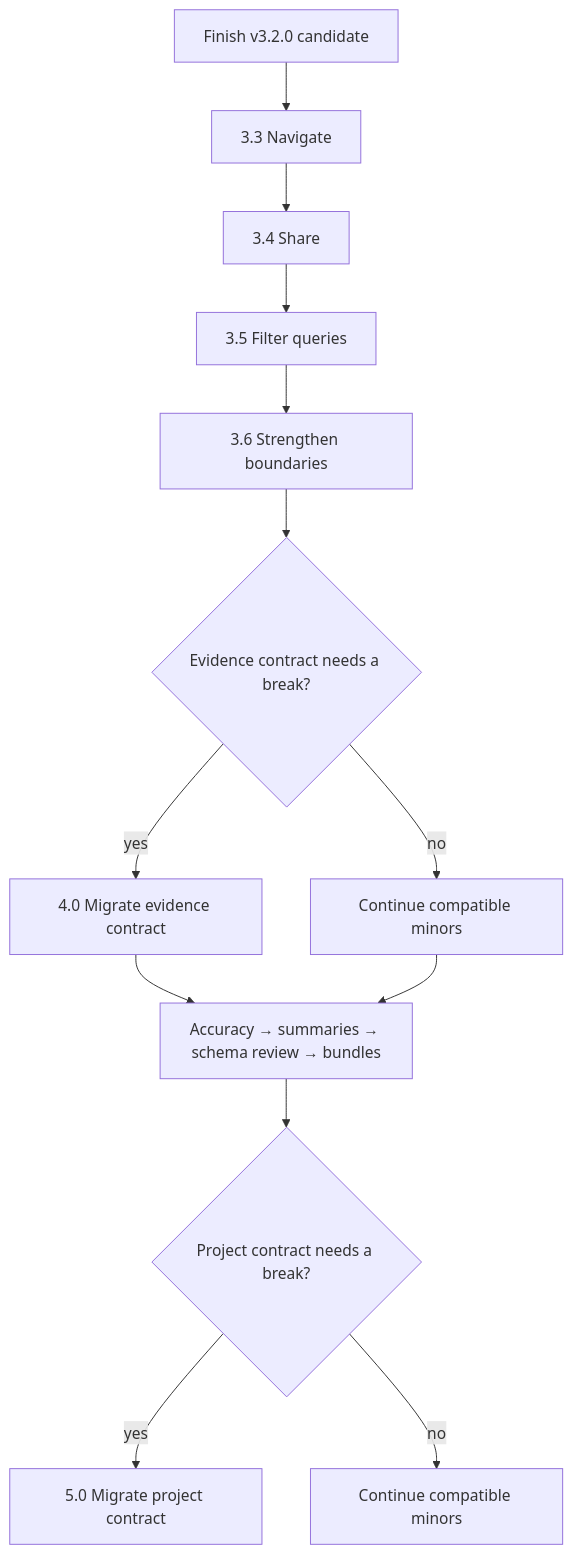
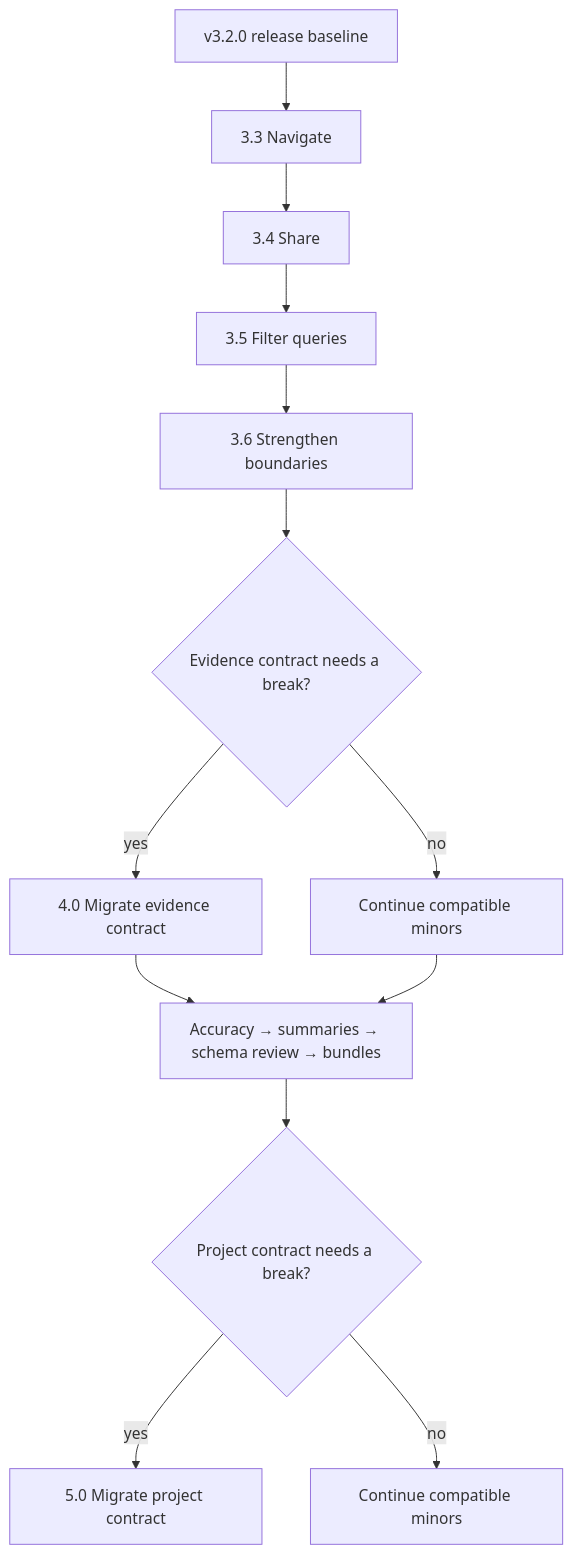
Before and after one commit to ikelaiah/sql-cartographer: the diagram in docs/plans/v3.3.0-to-v5.0.0.md, drawn with Mermaid. The commit also changed other lines of this file and 23 other files, not shown here.

````diff
--- a/docs/plans/v3.3.0-to-v5.0.0.md
+++ b/docs/plans/v3.3.0-to-v5.0.0.md
@@ -98,15 +98,15 @@
 ```mermaid
 flowchart TD
-    A["Finish v3.2.0 candidate"] --> B["3.3 Navigate"]
+    A["v3.2.0 release baseline"] --> B["3.3 Navigate"]
     B --> C["3.4 Share"]
     C --> D["3.5 Filter queries"]
     D --> E["3.6 Strengthen boundaries"]
     E --> F{"Evidence contract needs a break?"}
     F -->|yes| G["4.0 Migrate evidence contract"]
     F -->|no| H["Continue compatible minors"]
     G --> I["Accuracy → summaries → schema review → bundles"]
     H --> I
     I --> J{"Project contract needs a break?"}
     J -->|yes| K["5.0 Migrate project contract"]
     J -->|no| L["Continue compatible minors"]
 ```
````
